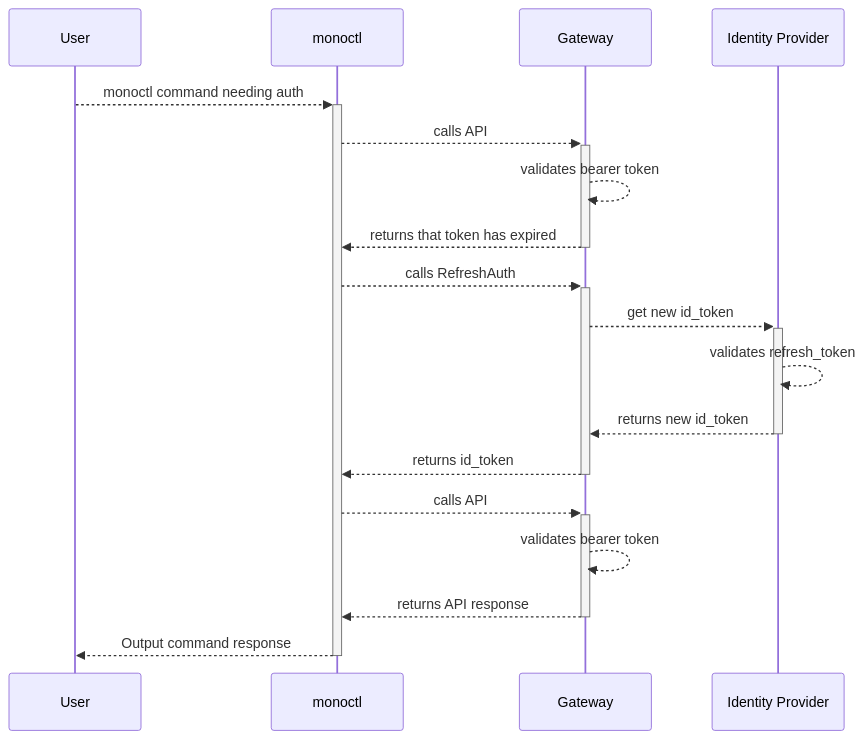
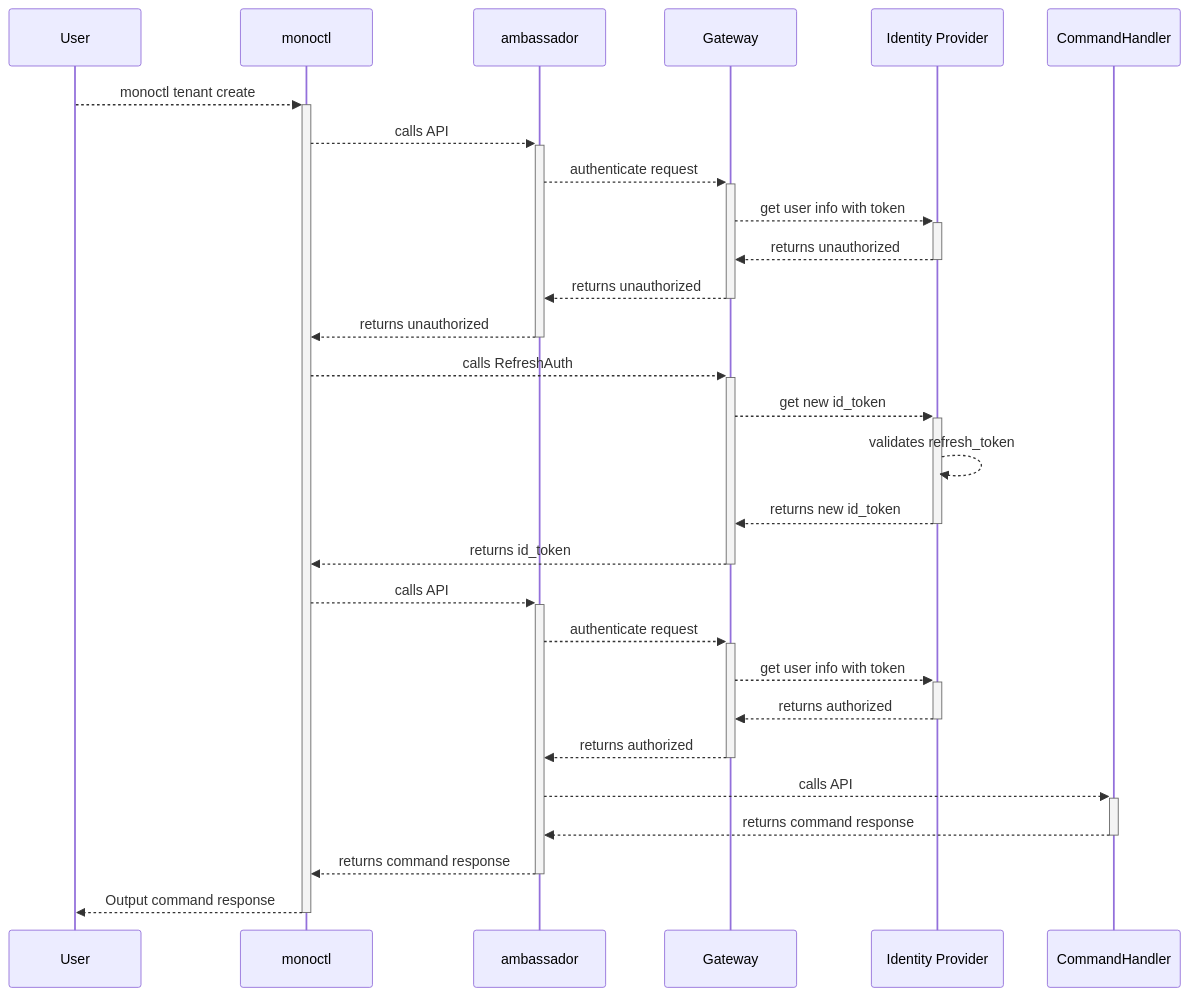
One commit to finleap-connect/monoskope changed the diagram in docs/flow-charts/sd-monoctl-refresh.mmd. Above: the diagram before and after it, drawn with Mermaid. The commit also changed 6 other files, not shown here.

Commit message:
Update diagrams

```diff
--- a/docs/flow-charts/sd-monoctl-refresh.mmd
+++ b/docs/flow-charts/sd-monoctl-refresh.mmd
@@ -1,18 +1,28 @@
 sequenceDiagram
     participant U as User
     participant M as monoctl
+    participant A as ambassador
     participant G as Gateway
     participant I as Identity Provider
-    U-->>+M: monoctl command needing auth
-    M-->>+G: calls API
-    G-->>G: validates bearer token
-    G-->>-M: returns that token has expired
+    participant C as CommandHandler
+    U-->>+M: monoctl tenant create
+    M-->>+A: calls API
+    A-->>+G: authenticate request
+    G-->>+I: get user info with token
+    I-->>-G: returns unauthorized
+    G-->>-A: returns unauthorized
+    A-->>-M: returns unauthorized
     M-->>+G: calls RefreshAuth
     G-->>+I: get new id_token
     I-->>I: validates refresh_token
     I-->>-G: returns new id_token
     G-->>-M: returns id_token
-    M-->>+G: calls API
-    G-->>G: validates bearer token
-    G-->>-M: returns API response
+    M-->>+A: calls API
+    A-->>+G: authenticate request
+    G-->>+I: get user info with token
+    I-->>-G: returns authorized
+    G-->>-A: returns authorized
+    A-->>+C: calls API
+    C-->>-A: returns command response
+    A-->>-M: returns command response
     M-->>-U: Output command response
```
